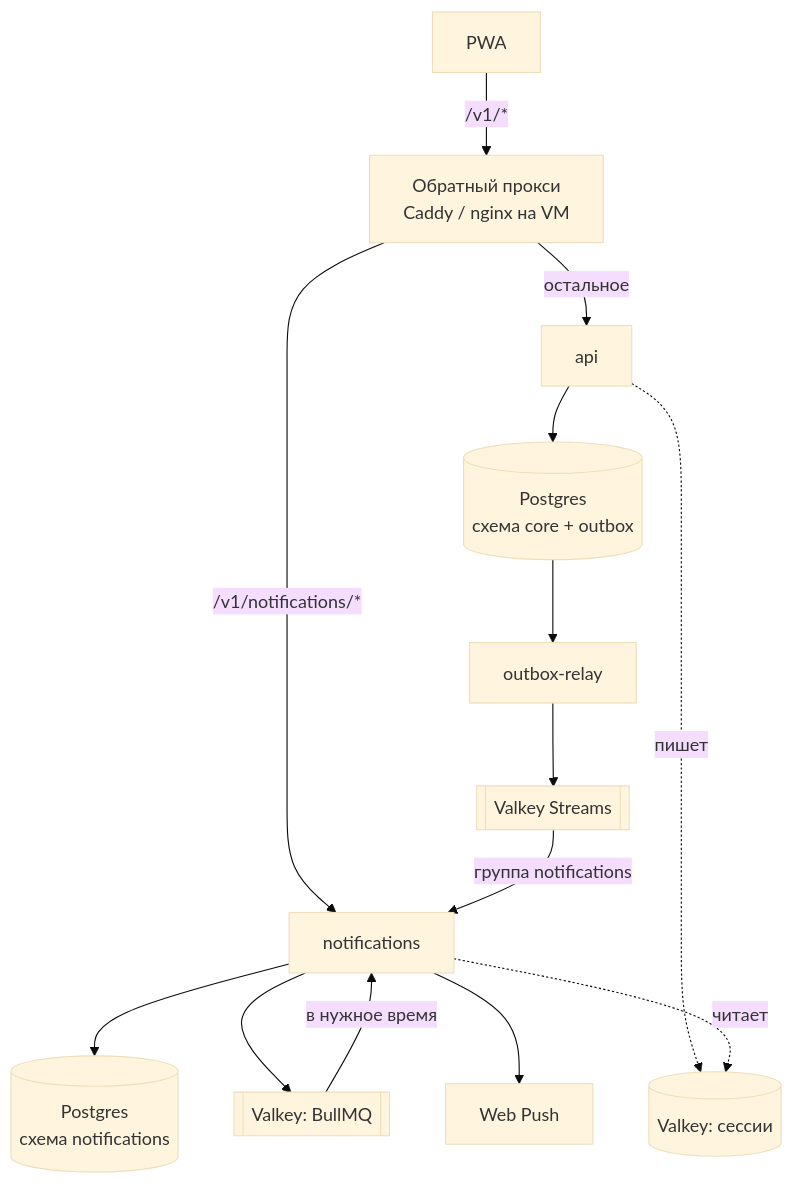
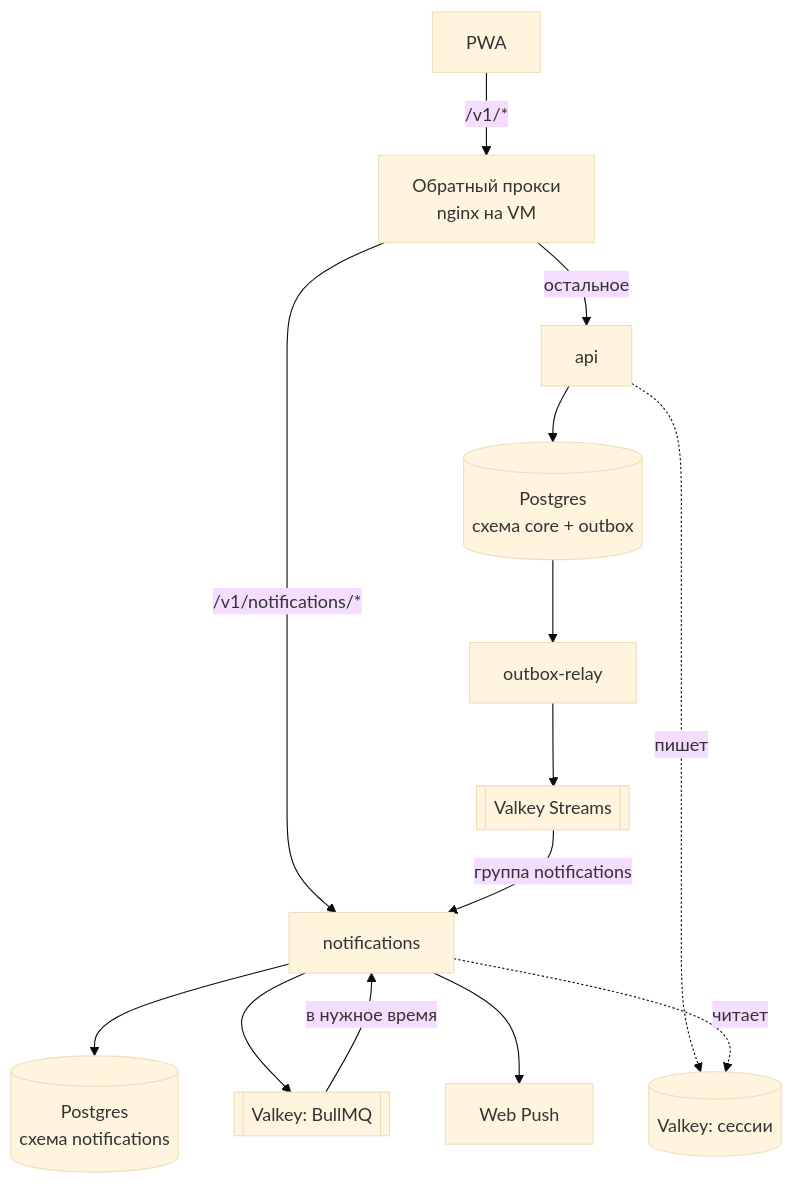
Before and after one commit to SiritosKon/kids-chores: the first of 4 diagrams in research/02-backend-architecture.md, drawn with Mermaid (base theme). The commit also changed other lines of this file and 5 other files, not shown here.

````diff
--- a/research/02-backend-architecture.md
+++ b/research/02-backend-architecture.md
@@ -82,28 +82,28 @@
 ```mermaid
 flowchart TB
   pwa["PWA"]
-  proxy["Обратный прокси<br/>Caddy / nginx на VM"]
+  proxy["Обратный прокси<br/>nginx на VM"]
   api["api"]
   notify["notifications"]
   db_core[("Postgres<br/>схема core + outbox")]
   db_notify[("Postgres<br/>схема notifications")]
   relay["outbox-relay"]
   streams[["Valkey Streams"]]
   bull[["Valkey: BullMQ"]]
   sessions[("Valkey: сессии")]
   push["Web Push"]
 
   pwa -->|"/v1/*"| proxy
   proxy -->|"/v1/notifications/*"| notify
   proxy -->|остальное| api
   api --> db_core
   db_core --> relay
   relay --> streams
   streams -->|группа notifications| notify
   notify --> db_notify
   notify --> bull
   bull -->|в нужное время| notify
   notify --> push
   api -.->|пишет| sessions
   notify -.->|читает| sessions
 ```
````
